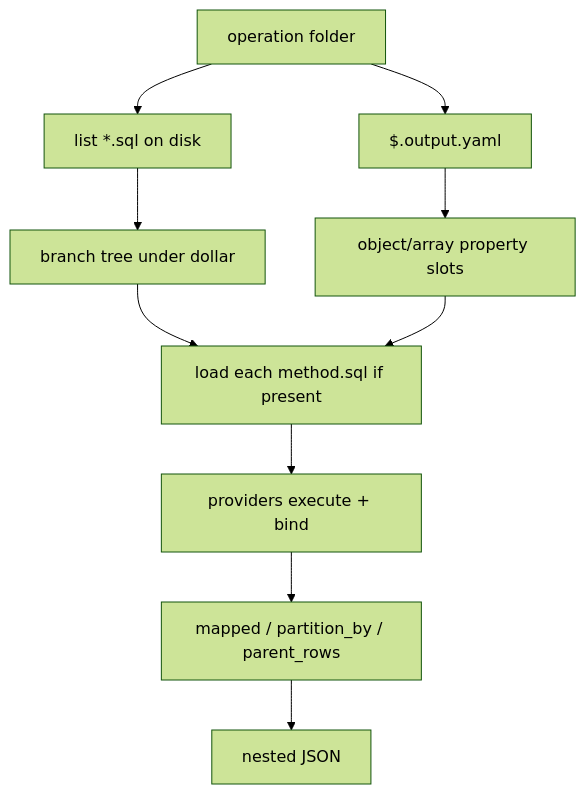
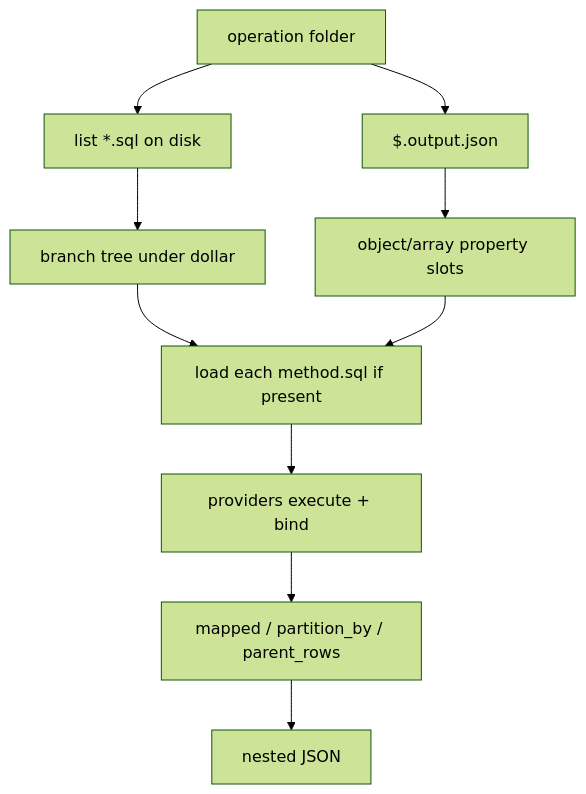
Before and after one commit to kirubasankars/yaal: the diagram in docs/descriptors.md, drawn with Mermaid (forest theme). The commit also changed other lines of this file and 34 other files, not shown here.

Commit message:
Use JSON-only output mappers and drop YAML parser dependencies.

````diff
--- a/docs/descriptors.md
+++ b/docs/descriptors.md
@@ -7,12 +7,12 @@
 ```mermaid
 flowchart TD
   op["operation folder"] --> sqlFiles["list *.sql on disk"]
-  op --> output["$.output.yaml"]
+  op --> output["$.output.json"]
   sqlFiles --> tree["branch tree under dollar"]
   output --> shapeSlots["object/array property slots"]
   tree --> load["load each method.sql if present"]
   shapeSlots --> load
   load --> exec["providers execute + bind"]
   exec --> shape["mapped / partition_by / parent_rows"]
   shape --> json["nested JSON"]
 ```
````
